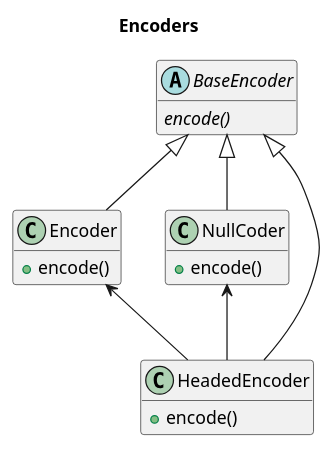
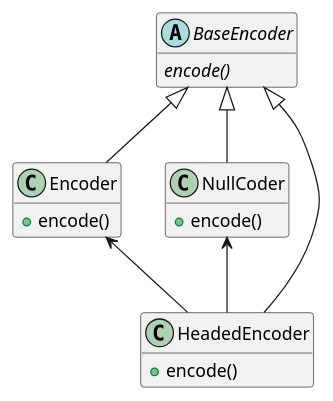
The diagram in docs/design_encoders.puml (meeetju/encoder), drawn with PlantUML before and after one commit. The commit also changed 9 other files, not shown here.

```diff
--- a/docs/design_encoders.puml
+++ b/docs/design_encoders.puml
@@ -1,29 +1,27 @@
 @startuml
 hide empty methods
 hide empty attributes
-
-title Encoders
 
 abstract class BaseEncoder {
   {abstract}encode()
 }
 
 class Encoder {
   +encode()
 }
 
 class NullCoder {
   +encode()
 }
 
 class HeadedEncoder {
   +encode()
 }
 
 BaseEncoder <|-- Encoder
 BaseEncoder <|-- NullCoder
 BaseEncoder <|-- HeadedEncoder
 
 HeadedEncoder -up-> NullCoder
 HeadedEncoder -up-> Encoder
 @enduml
```
